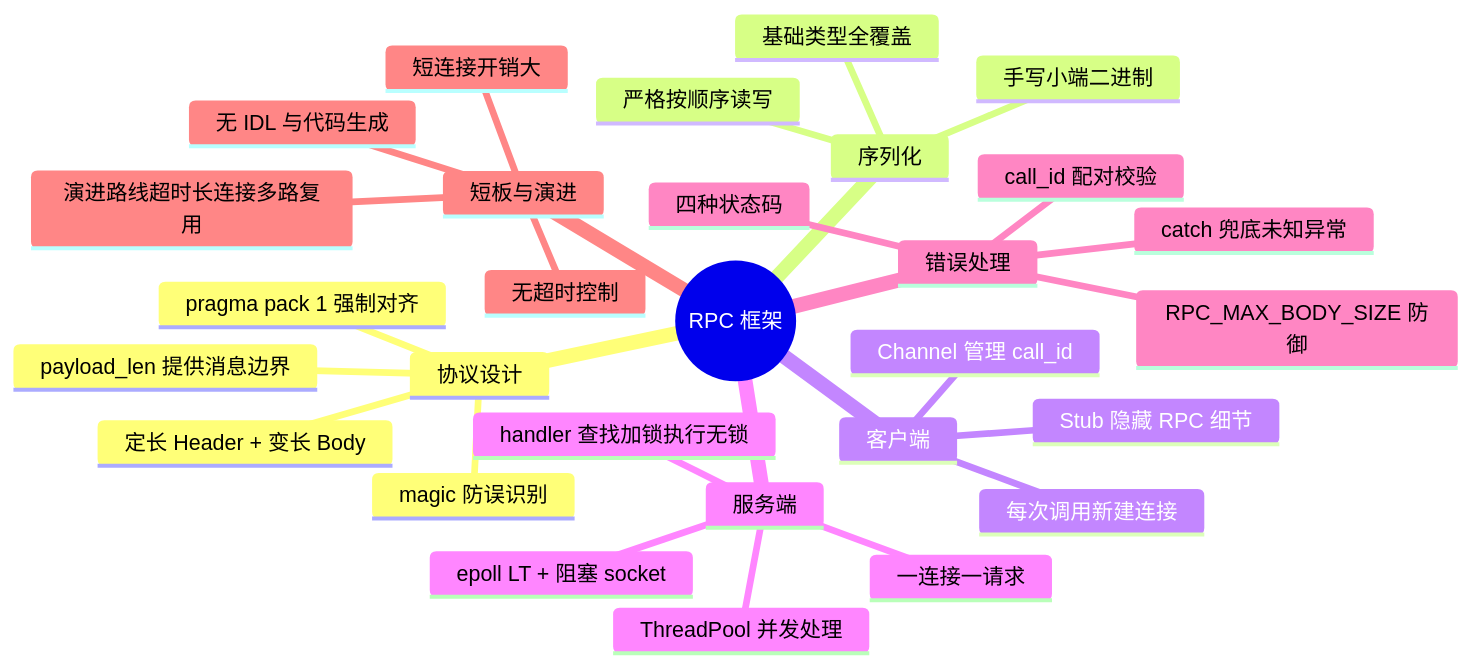
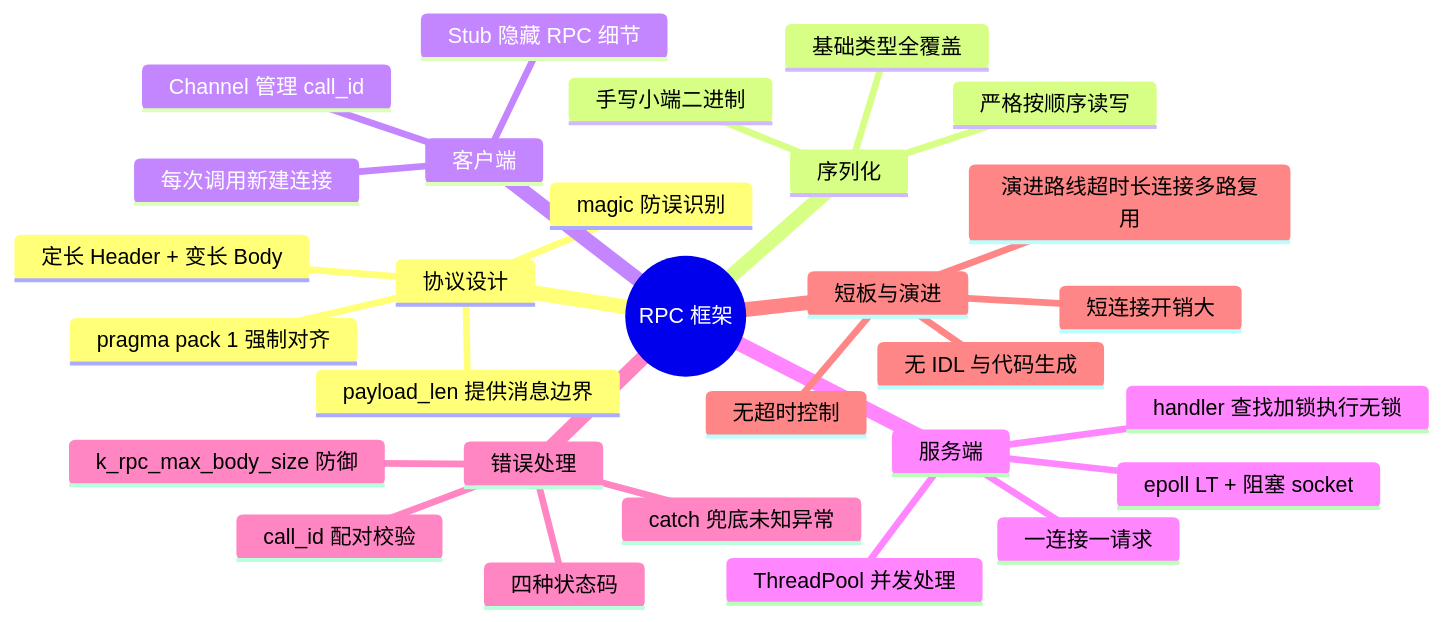
The eighth of 8 diagrams in docs/src/rpc/RPC.md (loskyertt/NetworkProgramming), drawn with Mermaid before and after one commit. The commit also changed other lines of this file and 3 other files, not shown here.

````diff
--- a/docs/src/rpc/RPC.md
+++ b/docs/src/rpc/RPC.md
@@ -1430,32 +1430,32 @@
 ```mermaid
 mindmap
   root((RPC 框架))
     协议设计
       定长 Header + 变长 Body
       magic 防误识别
       payload_len 提供消息边界
       pragma pack 1 强制对齐
     序列化
       手写小端二进制
       基础类型全覆盖
       严格按顺序读写
     客户端
       Stub 隐藏 RPC 细节
       Channel 管理 call_id
       每次调用新建连接
     服务端
       epoll LT + 阻塞 socket
       一连接一请求
       ThreadPool 并发处理
       handler 查找加锁执行无锁
     错误处理
       四种状态码
       call_id 配对校验
-      RPC_MAX_BODY_SIZE 防御
+      k_rpc_max_body_size 防御
       catch 兜底未知异常
     短板与演进
       短连接开销大
       无超时控制
       无 IDL 与代码生成
       演进路线超时长连接多路复用
 ```
````
